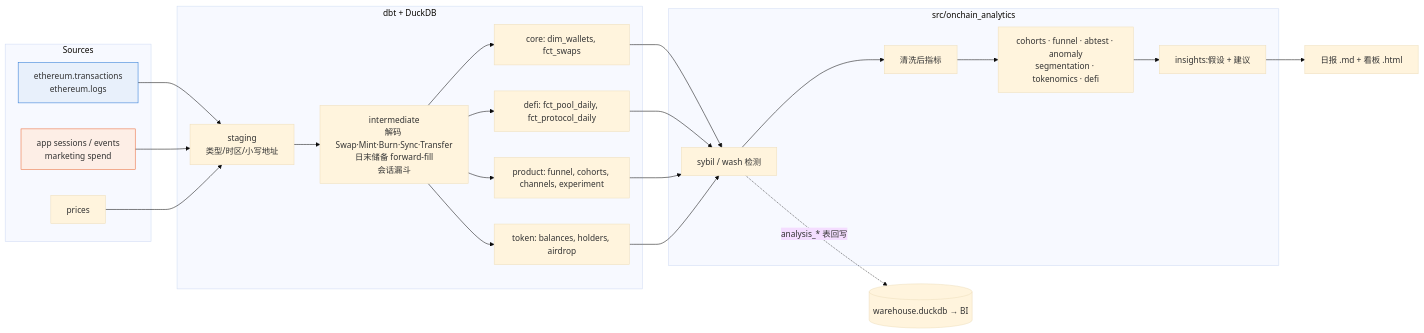
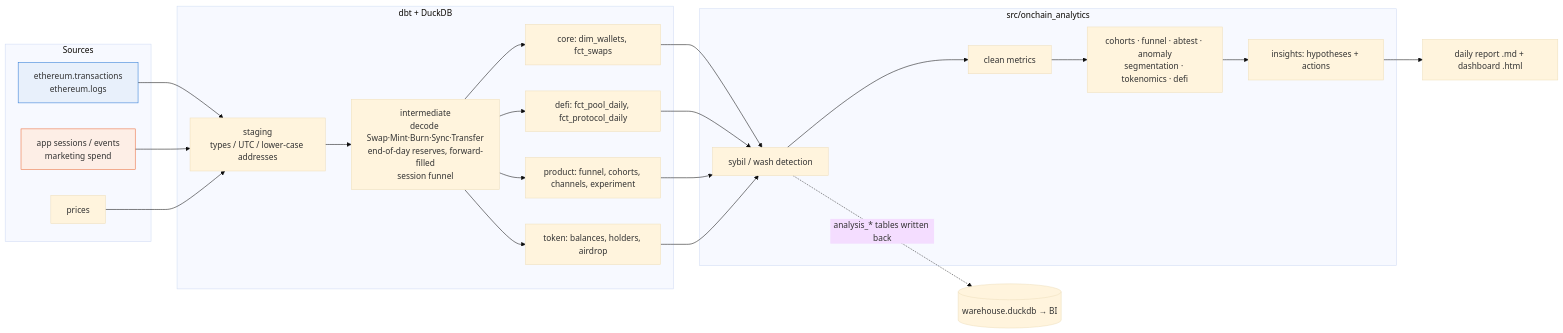
Before and after one commit to wangningran/Onchain: the diagram in README.md, drawn with Mermaid (base theme). The commit also changed other lines of this file and 8 other files, not shown here.

````diff
--- a/README.md
+++ b/README.md
@@ -60,28 +62,28 @@
 ```mermaid
 flowchart LR
   subgraph Sources
     A[ethereum.transactions<br/>ethereum.logs]:::chain
     B[app sessions / events<br/>marketing spend]:::off
     C[prices]
   end
   subgraph dbt["dbt + DuckDB"]
-    S[staging<br/>类型/时区/小写地址] --> I[intermediate<br/>解码 Swap·Mint·Burn·Sync·Transfer<br/>日末储备 forward-fill<br/>会话漏斗]
+    S[staging<br/>types / UTC / lower-case addresses] --> I[intermediate<br/>decode Swap·Mint·Burn·Sync·Transfer<br/>end-of-day reserves, forward-filled<br/>session funnel]
     I --> M1[core: dim_wallets, fct_swaps]
     I --> M2[defi: fct_pool_daily, fct_protocol_daily]
     I --> M3[product: funnel, cohorts, channels, experiment]
     I --> M4[token: balances, holders, airdrop]
   end
   subgraph Python["src/onchain_analytics"]
-    P1[sybil / wash 检测] --> P2[清洗后指标]
+    P1[sybil / wash detection] --> P2[clean metrics]
     P2 --> P3[cohorts · funnel · abtest · anomaly<br/>segmentation · tokenomics · defi]
-    P3 --> P4[insights:假设 + 建议]
+    P3 --> P4[insights: hypotheses + actions]
   end
   A --> S
   B --> S
   C --> S
   M1 & M2 & M3 & M4 --> P1
-  P4 --> R[日报 .md + 看板 .html]
-  P1 -. analysis_* 表回写 .-> W[(warehouse.duckdb → BI)]
+  P4 --> R[daily report .md + dashboard .html]
+  P1 -. analysis_* tables written back .-> W[(warehouse.duckdb → BI)]
   classDef chain fill:#e8f0fb,stroke:#2a78d6
   classDef off fill:#fdeee6,stroke:#eb6834
 ```
````
